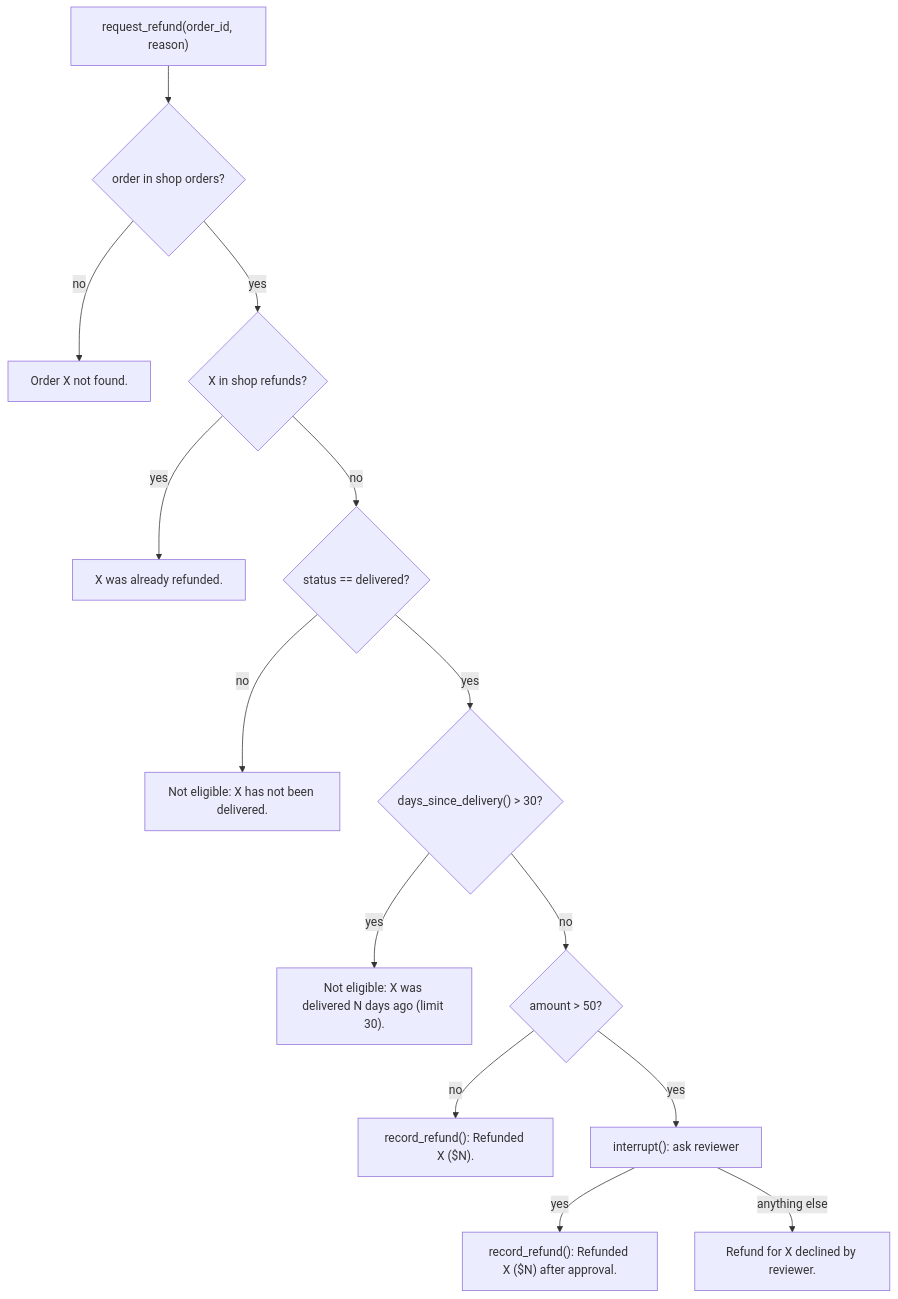
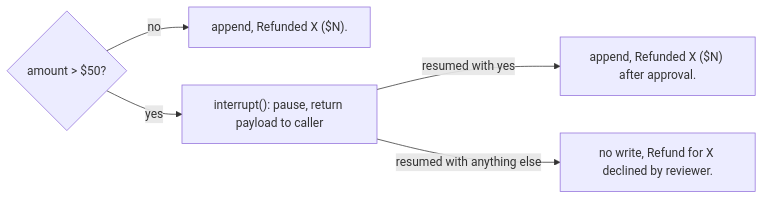
The fourth of 6 diagrams in practice/reference/sample-run/docs/MODEL.md (BrianMills2718/interview-kit), drawn with Mermaid before and after one commit. The commit also changed other lines of this file and 18 other files, not shown here.

First line of the commit message:
[Goal kit-v3-diagram-set] New practice sample with the agent-loop diagrams; kit fixes from its dry run

````diff
--- a/practice/reference/sample-run/docs/MODEL.md
+++ b/practice/reference/sample-run/docs/MODEL.md
@@ -82,16 +102,7 @@
 ```mermaid
-flowchart TD
-  start["request_refund(order_id, reason)"] --> r1{"order in shop orders?"}
-  r1 -->|no| o1["Order X not found."]
-  r1 -->|yes| r2{"X in shop refunds?"}
-  r2 -->|yes| o2["X was already refunded."]
-  r2 -->|no| r3{"status == delivered?"}
-  r3 -->|no| o3["Not eligible: X has not been delivered."]
-  r3 -->|yes| r4{"days_since_delivery() > 30?"}
-  r4 -->|yes| o4["Not eligible: X was delivered N days ago (limit 30)."]
-  r4 -->|no| r5{"amount > 50?"}
-  r5 -->|no| o6["record_refund(): Refunded X ($N)."]
-  r5 -->|yes| ask["interrupt(): ask reviewer"]
-  ask -->|yes| o5["record_refund(): Refunded X ($N) after approval."]
-  ask -->|anything else| o7["Refund for X declined by reviewer."]
+flowchart LR
+  Gate{"amount > $50?"} -->|no| Small["append, Refunded X ($N)."]
+  Gate -->|yes| Pause["interrupt(): pause, return payload to caller"]
+  Pause -->|"resumed with yes"| Approved["append, Refunded X ($N) after approval."]
+  Pause -->|"resumed with anything else"| Declined["no write, Refund for X declined by reviewer."]
 ```
````
